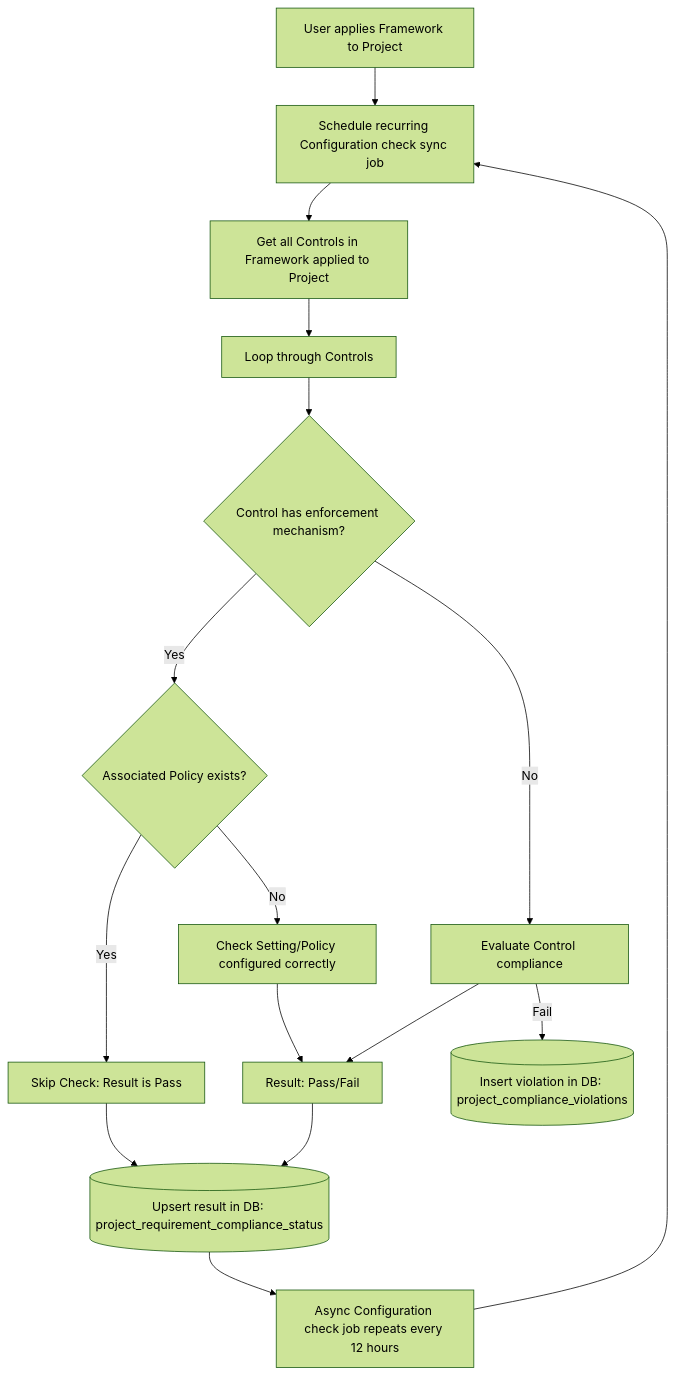
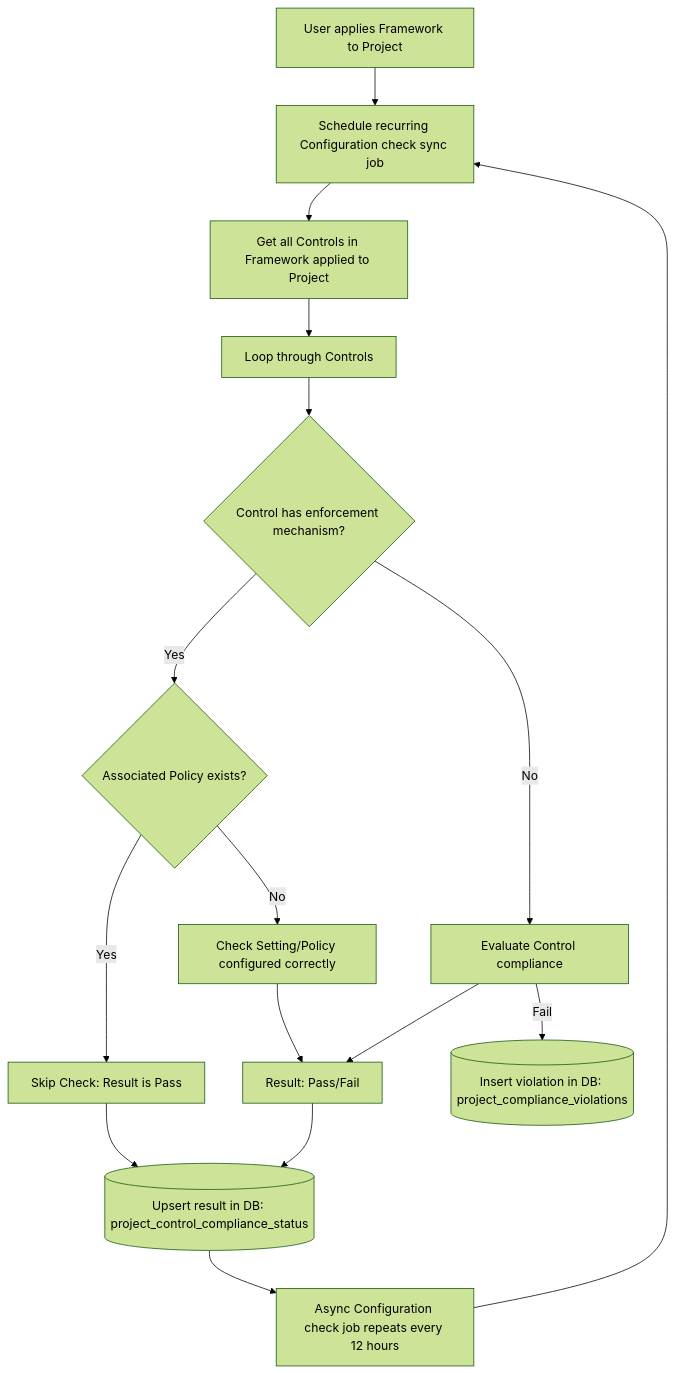
The third of 4 diagrams in content/handbook/engineering/architecture/design-documents/compliance-adherence-reporting/_index.md (zalyoung/gitlab-handbook), drawn with Mermaid (forest theme) before and after one commit. The commit also changed other lines of this file and 1 other file, not shown here.

````diff
--- a/content/handbook/engineering/architecture/design-documents/compliance-adherence-reporting/_index.md
+++ b/content/handbook/engineering/architecture/design-documents/compliance-adherence-reporting/_index.md
@@ -282,21 +293,21 @@
 ```mermaid
 flowchart TD
     %% Async Job Trigger
     F[User applies Framework to Project] --> G[Schedule recurring Configuration check sync job]
     G --> H[Get all Controls in Framework applied to Project]
     H --> I[Loop through Controls]
     I --> J{Control has enforcement mechanism?}
     J -- Yes --> K{Associated Policy exists?}
     K -- Yes --> L[Skip Check: Result is Pass]
     K -- No --> M[Check Setting/Policy configured correctly]
     J -- No --> N[Evaluate Control compliance]
 
     M --> O[Result: Pass/Fail]
     N --> O
-    O --> Q[Upsert result in DB: project_requirement_compliance_status]@{ shape: cyl }
+    O --> Q[Upsert result in DB: project_control_compliance_status]@{ shape: cyl }
     L --> Q
     N -- Fail --> S[Insert violation in DB: project_compliance_violations]@{ shape: cyl }
 
     Q --> T[Async Configuration check job repeats every 12 hours]
     T --> G
 ```
````
